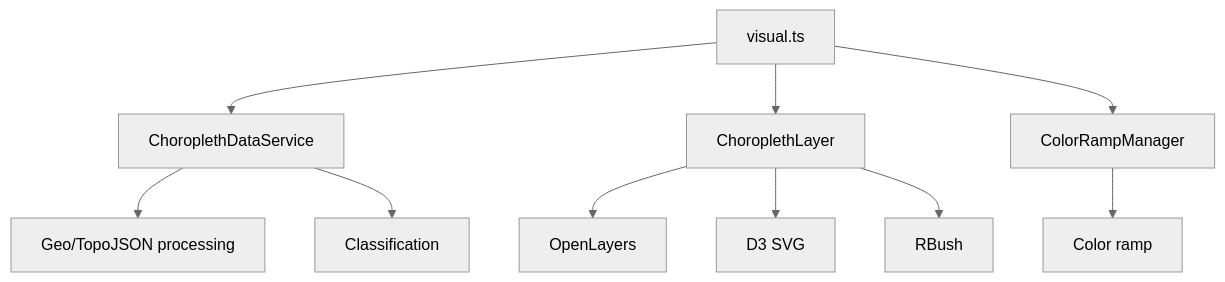
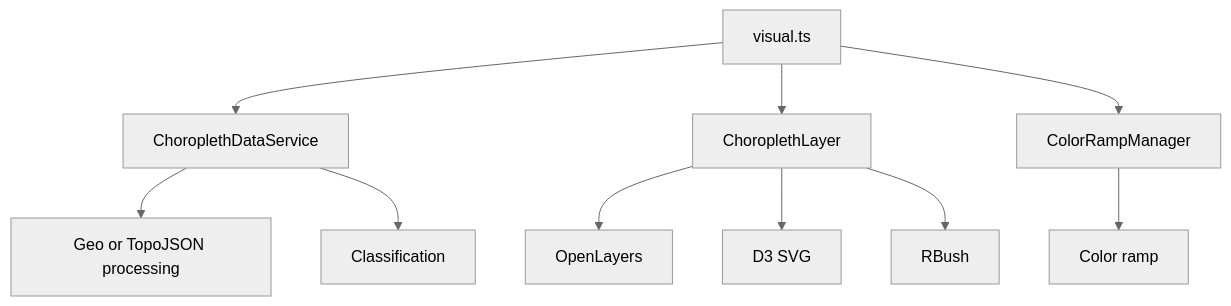
The diagram in spec/choropleth/choropleth-specification.md (maplumi/maplumi-pbi), drawn with Mermaid (neutral theme) before and after one commit. The commit also changed 4 other files, not shown here.

Commit message:
fix mermaid diagrams

````diff
--- a/spec/choropleth/choropleth-specification.md
+++ b/spec/choropleth/choropleth-specification.md
@@ -24,12 +24,12 @@
 ```mermaid
 graph TD
-    V[visual.ts] --> DS[ChoroplethDataService]
-    V --> L[ChoroplethLayer]
-    V --> CM[ColorRampManager]
-    DS --> GJ[Geo/TopoJSON processing]
-    DS --> CL[Classification]
-    L --> OL[OpenLayers]
-    L --> D3[D3 SVG]
-    L --> RB[RBush]
-    CM --> CR[Color ramp]
+    V["visual.ts"] --> DS["ChoroplethDataService"]
+    V --> L["ChoroplethLayer"]
+    V --> CM["ColorRampManager"]
+    DS --> GJ["Geo or TopoJSON processing"]
+    DS --> CL["Classification"]
+    L --> OL["OpenLayers"]
+    L --> D3["D3 SVG"]
+    L --> RB["RBush"]
+    CM --> CR["Color ramp"]
 ```
````
